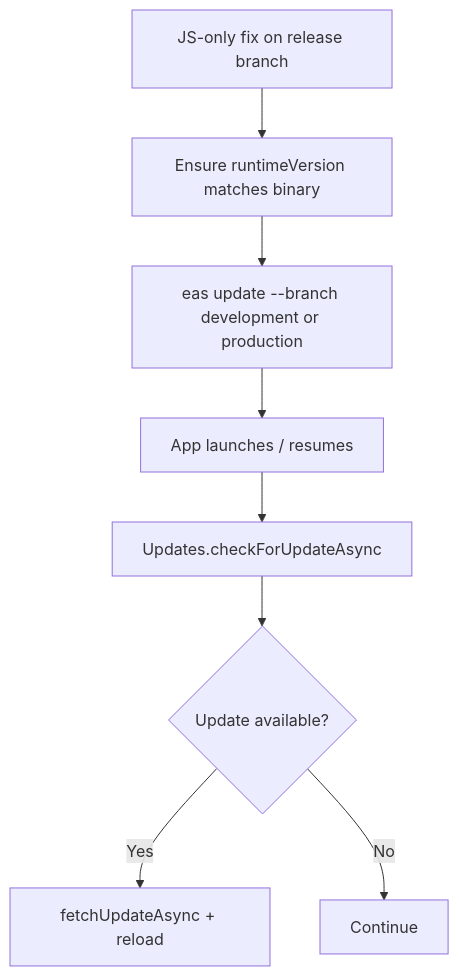
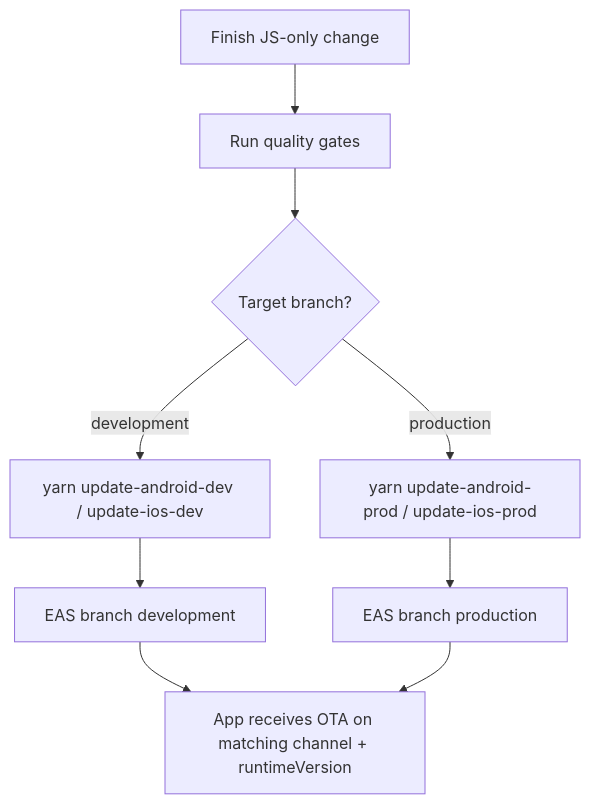
The eighth of 10 diagrams in README.md (ThangTech/ALP-HRM-REACTNATIVE), drawn with Mermaid before and after one commit. The commit also changed other lines of this file, not shown here.

First line of the commit message:
docs: refine README to clarify app structure and primary domains

````diff
--- a/README.md
+++ b/README.md
@@ -532,10 +540,11 @@
 ```mermaid
 flowchart TD
-  A[JS-only fix on release branch] --> B[Ensure runtimeVersion matches binary]
-  B --> C[eas update --branch development or production]
-  C --> D[App launches / resumes]
-  D --> E[Updates.checkForUpdateAsync]
-  E --> F{Update available?}
-  F -- Yes --> G[fetchUpdateAsync + reload]
-  F -- No --> H[Continue]
+  A[Finish JS-only change] --> B[Run quality gates]
+  B --> C{Target branch?}
+  C -- development --> D[yarn update-android-dev / update-ios-dev]
+  C -- production --> E[yarn update-android-prod / update-ios-prod]
+  D --> F[EAS branch development]
+  E --> G[EAS branch production]
+  F --> H[App receives OTA on matching channel + runtimeVersion]
+  G --> H
 ```
````
